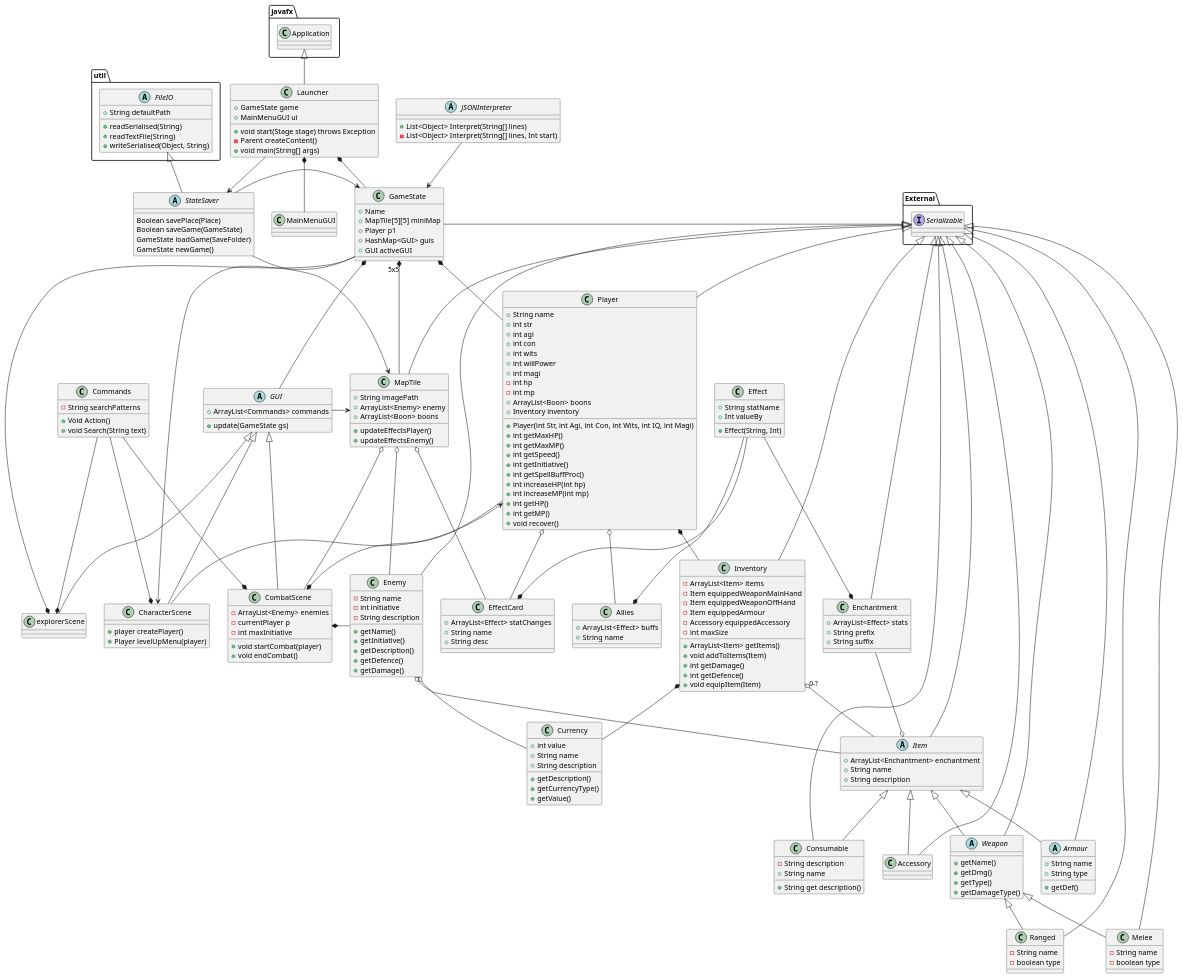
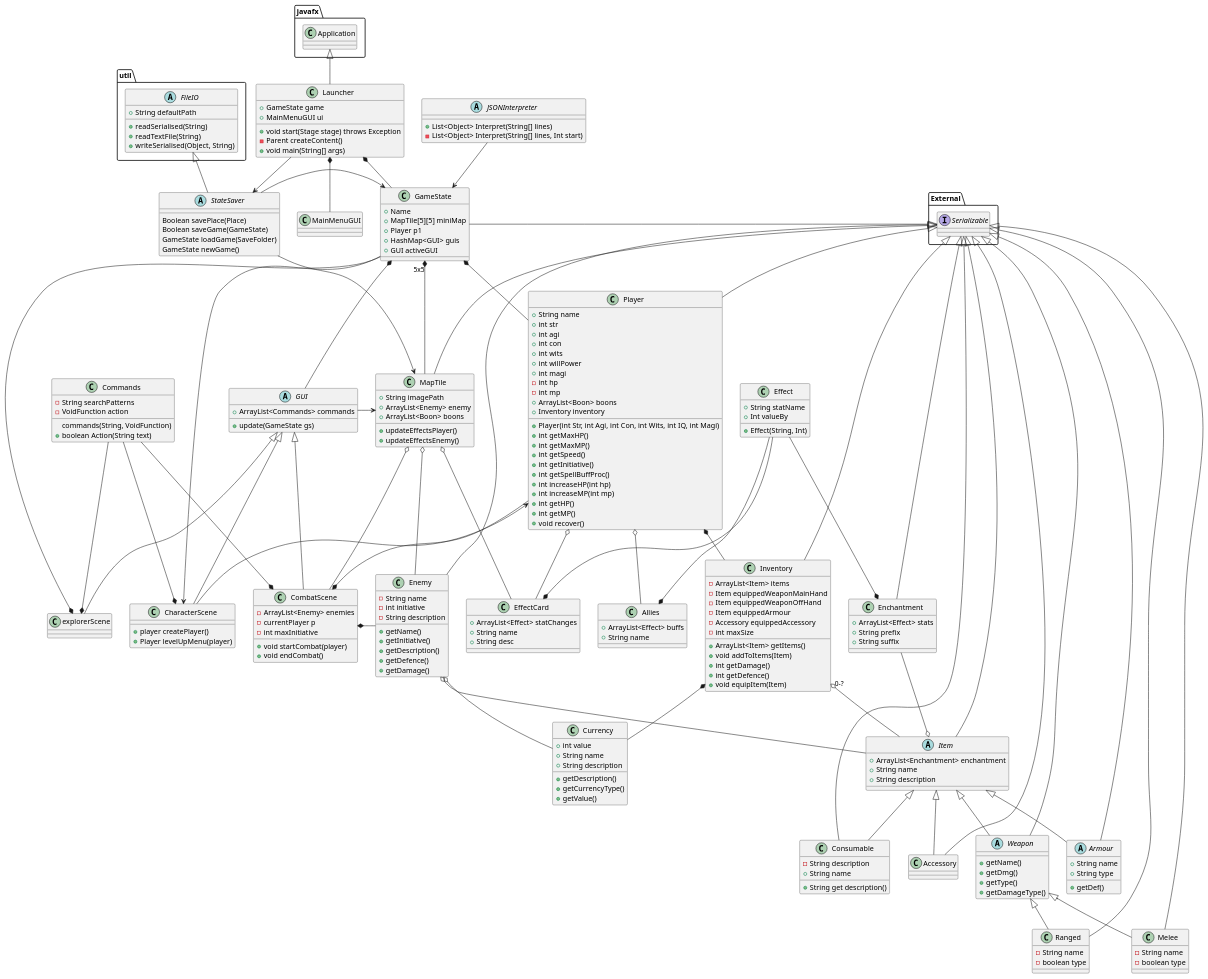
Before and after one commit to SirRolin/Philoshopers-ICE: the diagram in Documentation/klassediagram.puml, drawn with PlantUML.

```diff
--- a/Documentation/klassediagram.puml
+++ b/Documentation/klassediagram.puml
@@ -43,8 +43,9 @@
 }
 class Commands {
     - String searchPatterns
-    + Void Action()
-    + void Search(String text)
+    - VoidFunction action
+    commands(String, VoidFunction)
+    + boolean Action(String text)
 }
 class Player extends External.Serializable {
     + Player(int Str, int Agi, int Con, int Wits, int IQ, int Magi)
```
